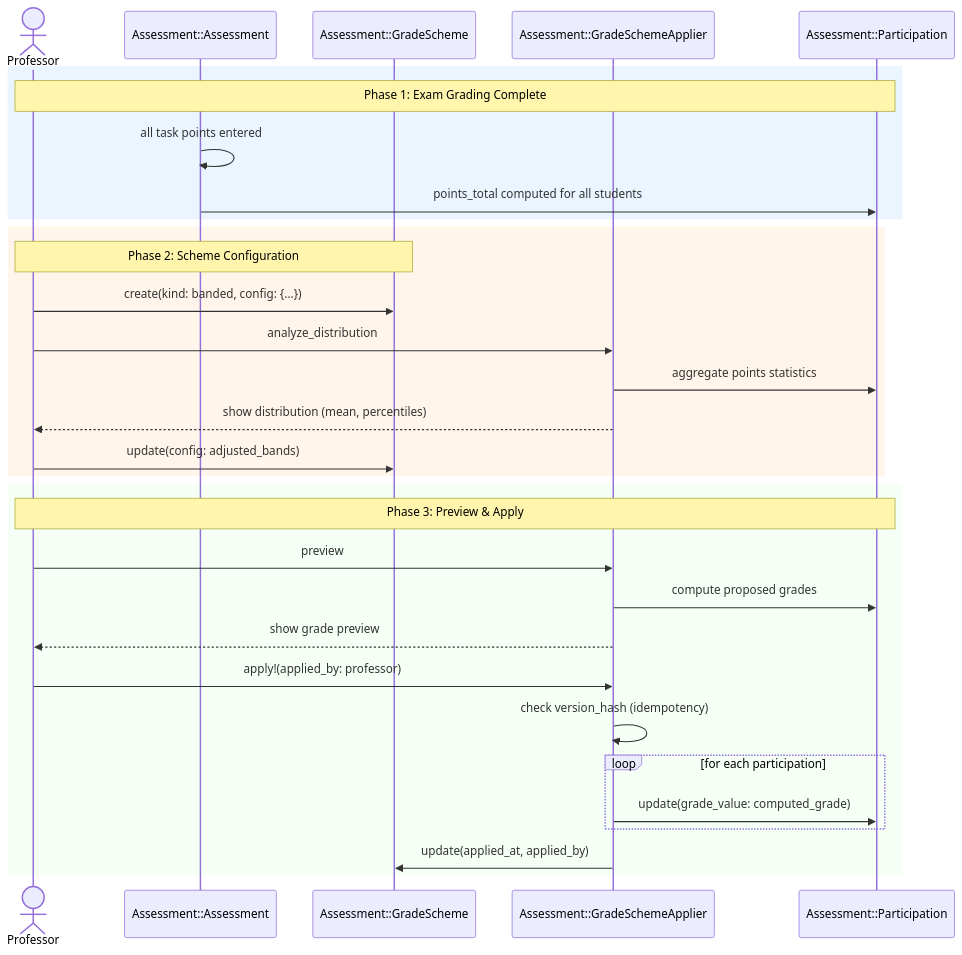
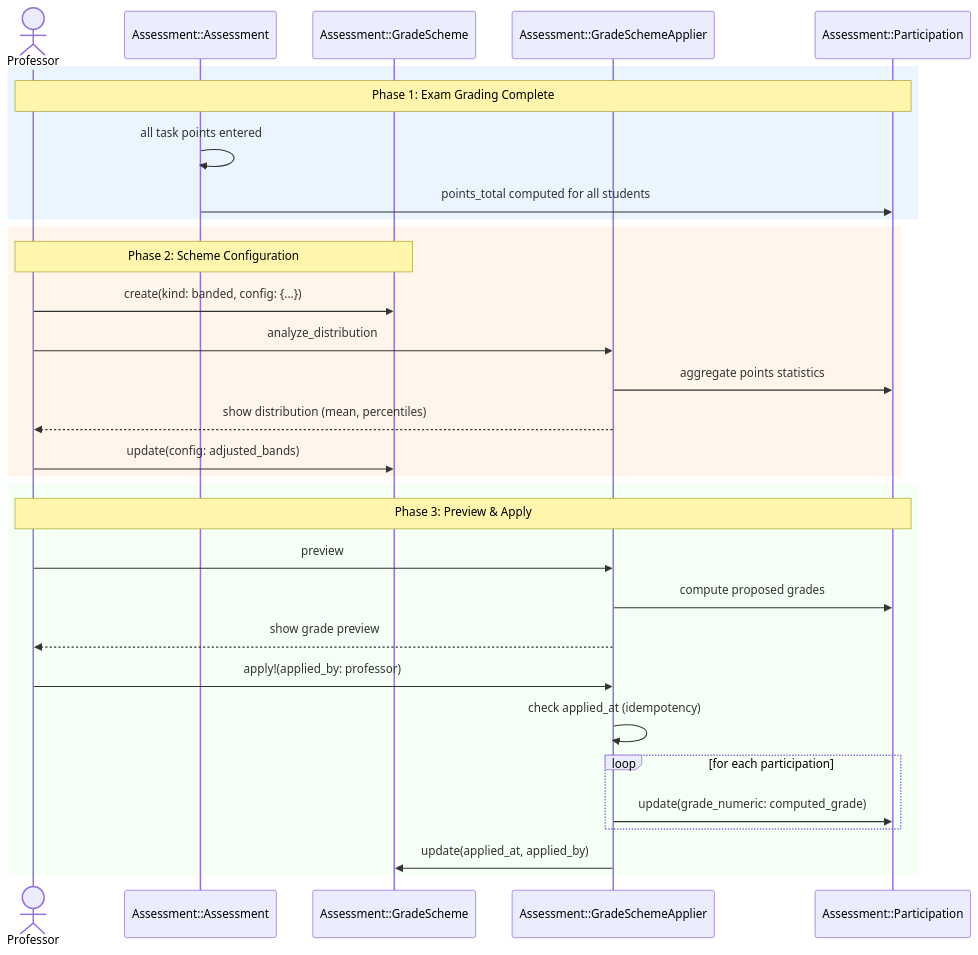
The fifth of 5 diagrams in architecture/src/features/05b-grading-schemes.md (MaMpf-HD/mampf), drawn with Mermaid before and after one commit. The commit also changed other lines of this file and 19 other files, not shown here.

First line of the commit message:
Architecture book: Update the Müsli slice guides (#1209)

````diff
--- a/architecture/src/features/05b-grading-schemes.md
+++ b/architecture/src/features/05b-grading-schemes.md
@@ -779,36 +843,36 @@
 ```mermaid
 sequenceDiagram
     actor Professor
     participant Assessment as Assessment::Assessment
     participant Scheme as Assessment::GradeScheme
     participant Applier as Assessment::GradeSchemeApplier
     participant Participation as Assessment::Participation
 
     rect rgb(235, 245, 255)
     note over Professor,Participation: Phase 1: Exam Grading Complete
     Assessment->>Assessment: all task points entered
     Assessment->>Participation: points_total computed for all students
     end
 
     rect rgb(255, 245, 235)
     note over Professor,Scheme: Phase 2: Scheme Configuration
     Professor->>Scheme: create(kind: banded, config: {...})
     Professor->>Applier: analyze_distribution
     Applier->>Participation: aggregate points statistics
     Applier-->>Professor: show distribution (mean, percentiles)
     Professor->>Scheme: update(config: adjusted_bands)
     end
 
     rect rgb(245, 255, 245)
     note over Professor,Participation: Phase 3: Preview & Apply
     Professor->>Applier: preview
     Applier->>Participation: compute proposed grades
     Applier-->>Professor: show grade preview
     Professor->>Applier: apply!(applied_by: professor)
-    Applier->>Applier: check version_hash (idempotency)
+    Applier->>Applier: check applied_at (idempotency)
     loop for each participation
-        Applier->>Participation: update(grade_value: computed_grade)
+        Applier->>Participation: update(grade_numeric: computed_grade)
     end
     Applier->>Scheme: update(applied_at, applied_by)
     end
 ```
````
